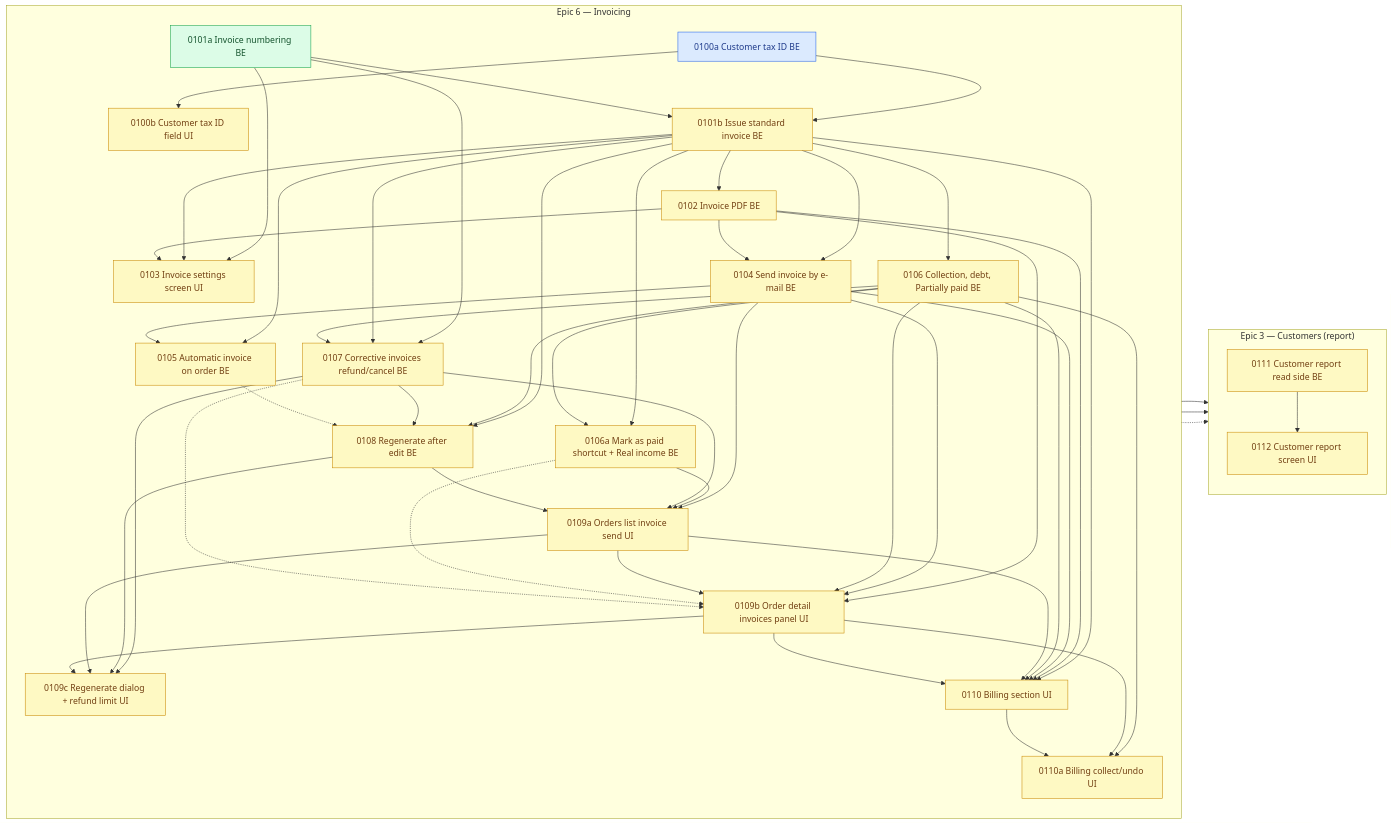
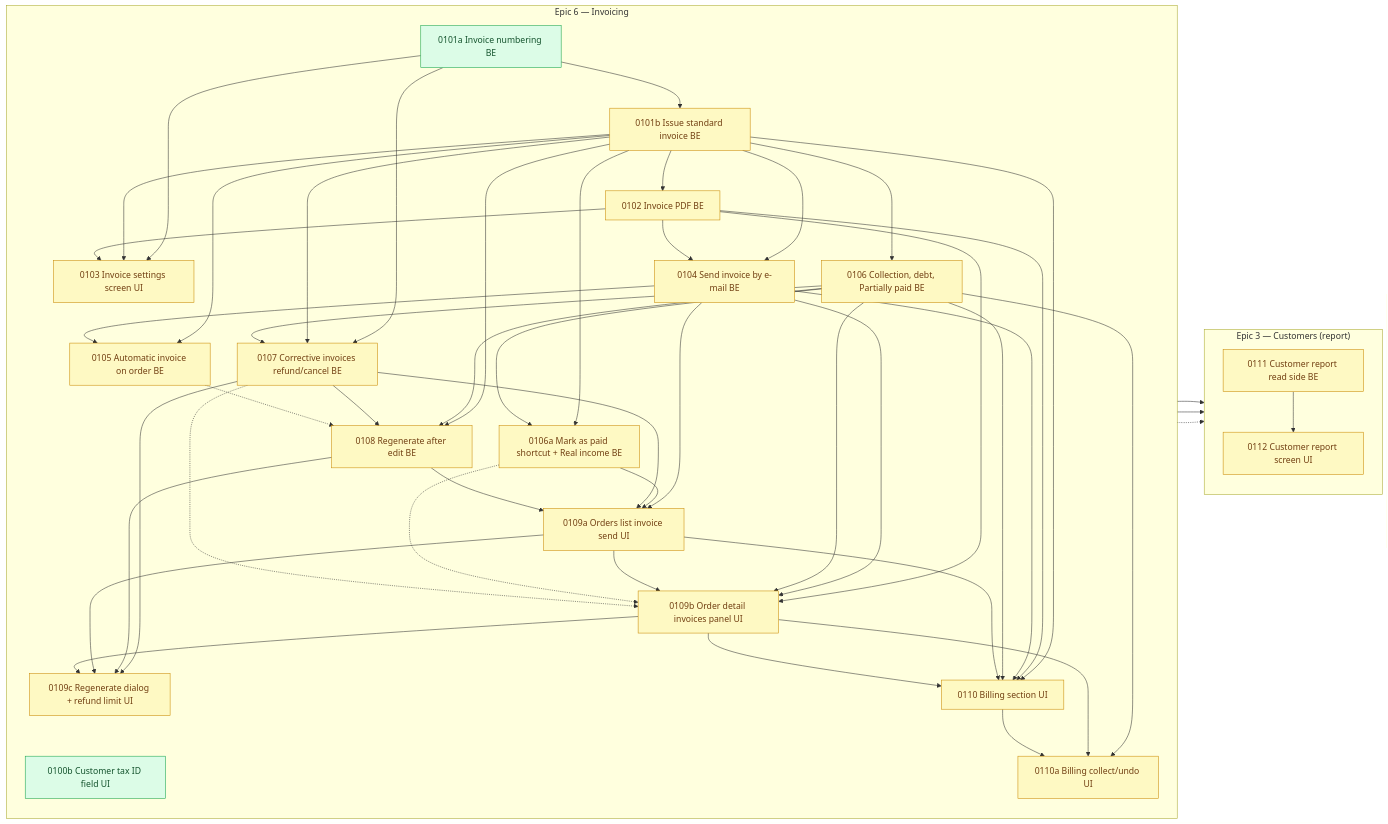
Before and after one commit to shojen/AI4Devs-finalproject: the diagram in arospe/ai-spec/tasks-map.md, drawn with Mermaid. The commit also changed other lines of this file and 5 other files, not shown here.

````diff
--- a/arospe/ai-spec/tasks-map.md
+++ b/arospe/ai-spec/tasks-map.md
@@ -746,7 +747,6 @@
     %% (P0071 --> P0073/P0075/P0079 dropped: 0071 closed to done/ 2026-10-07.)
     subgraph PEND_INVOICING["Epic 6 — Invoicing"]
         direction TB
-        P0100a["0100a Customer tax ID BE"]
         P0100b["0100b Customer tax ID field UI"]
         P0101a["0101a Invoice numbering BE"]
         P0101b["0101b Issue standard invoice BE"]
@@ -770,8 +770,6 @@
         P0112["0112 Customer report screen UI"]
     end
     %% Edges quoted from each task file (2026-11-15). Solid = hard dependency.
-    P0100a --> P0100b
-    P0100a --> P0101b
     P0101a --> P0101b
     P0101b --> P0102
     P0101a --> P0103
@@ -820,7 +818,6 @@
     P0106a -.-> P0109b
     P0107 -.-> P0109b
     %% Shared-file risk with the stock dialogs (no dependency): see the update note at the top.
-    class P0101a ready;
-    class P0100a claimed;
-    class P0100b,P0101b,P0102,P0103,P0104,P0105,P0106,P0106a,P0107,P0108,P0109a,P0109b,P0109c,P0110,P0110a,P0111,P0112 pending;
+    class P0100b,P0101a ready;
+    class P0101b,P0102,P0103,P0104,P0105,P0106,P0106a,P0107,P0108,P0109a,P0109b,P0109c,P0110,P0110a,P0111,P0112 pending;
 ```
````
